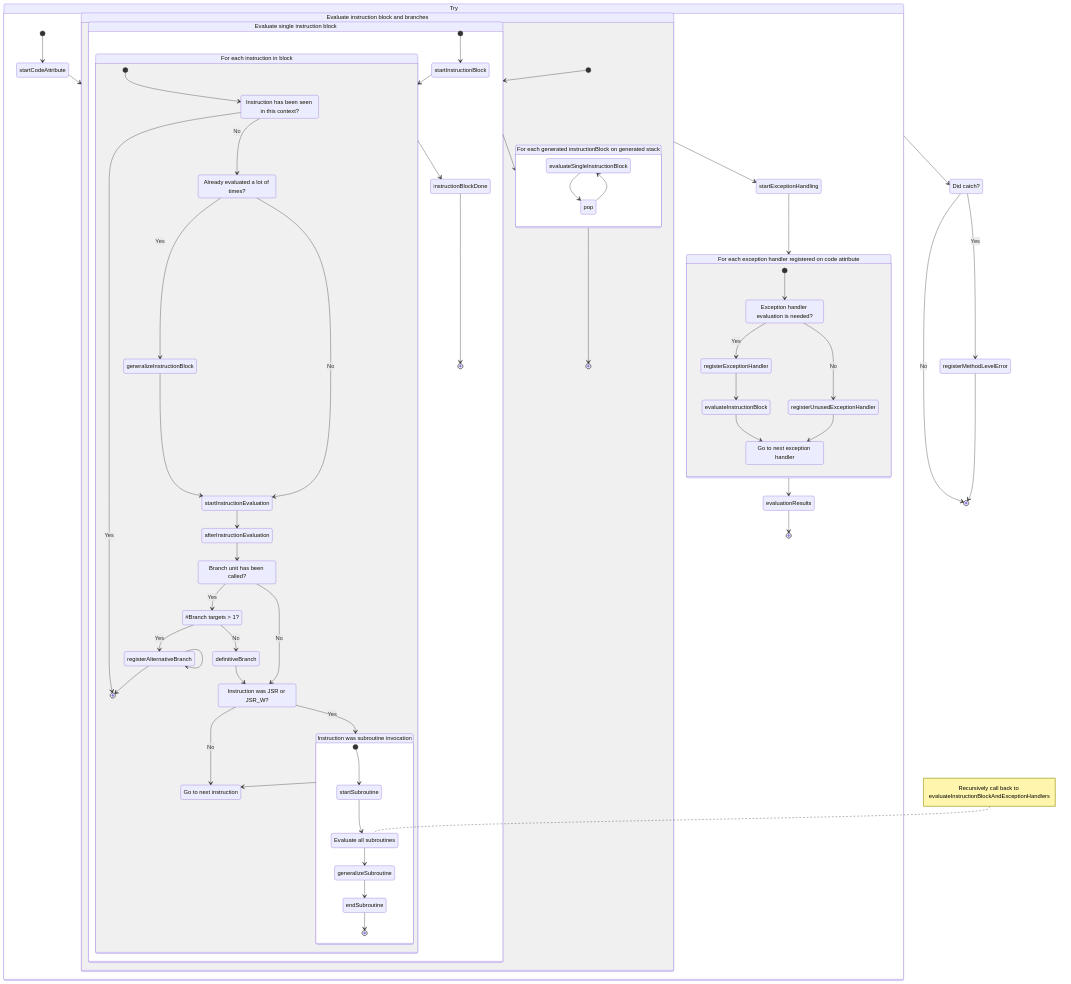
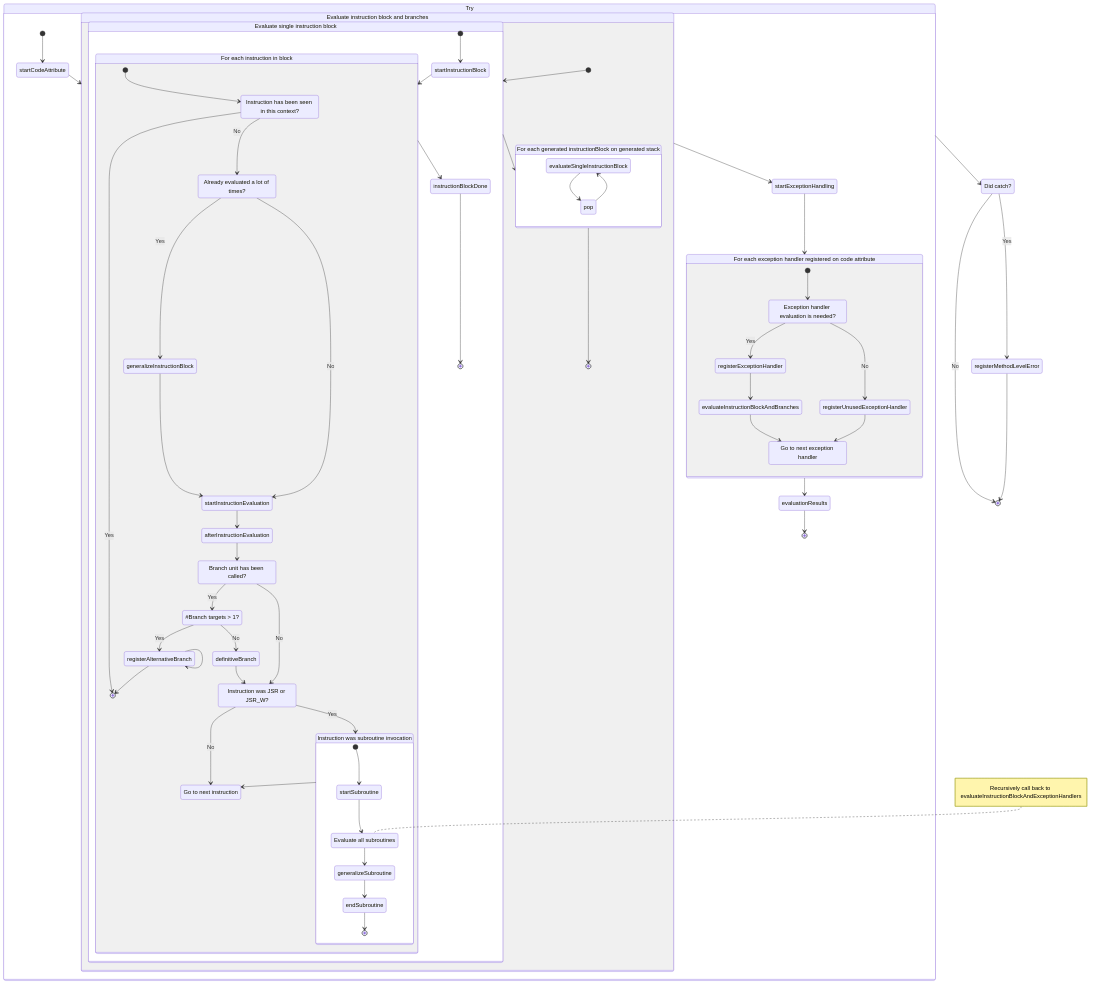
Before and after one commit to Guardsquare/proguard-core: the diagram in docs/md/partialevaluator.md, drawn with Mermaid. The commit also changed 5 other files, not shown here.

```diff
--- a/docs/md/partialevaluator.md
+++ b/docs/md/partialevaluator.md
@@ -586,8 +586,8 @@
             BR7 --> registerExceptionHandler: Yes
             BR7 --> registerUnusedExceptionHandler: No
             nextExceptionHandler: Go to next exception handler
-            registerExceptionHandler --> evaluateInstructionBlock
-            evaluateInstructionBlock --> nextExceptionHandler
+            registerExceptionHandler --> evaluateInstructionBlockAndBranches
+            evaluateInstructionBlockAndBranches --> nextExceptionHandler
             registerUnusedExceptionHandler --> nextExceptionHandler
         }
         L7 --> evaluationResults
```
